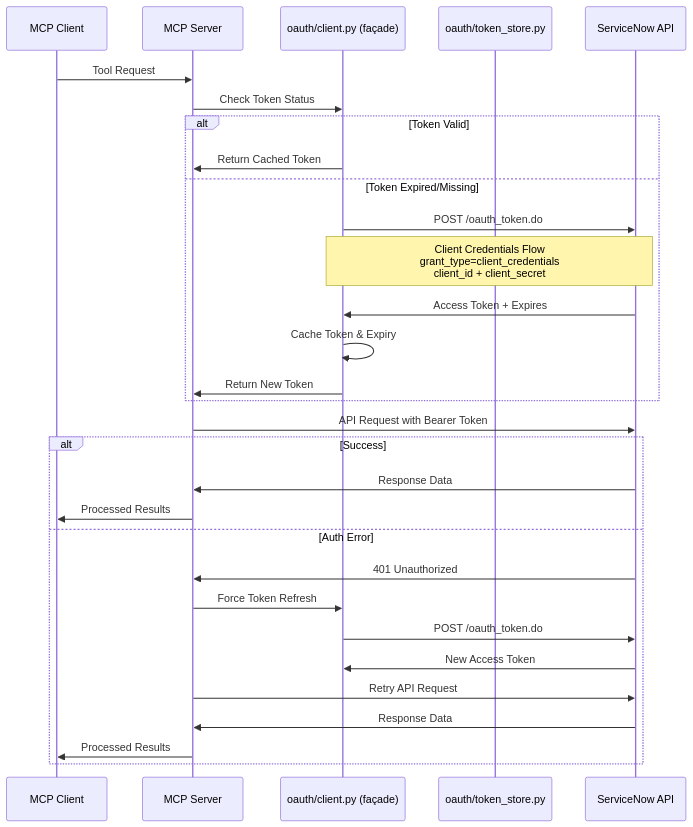
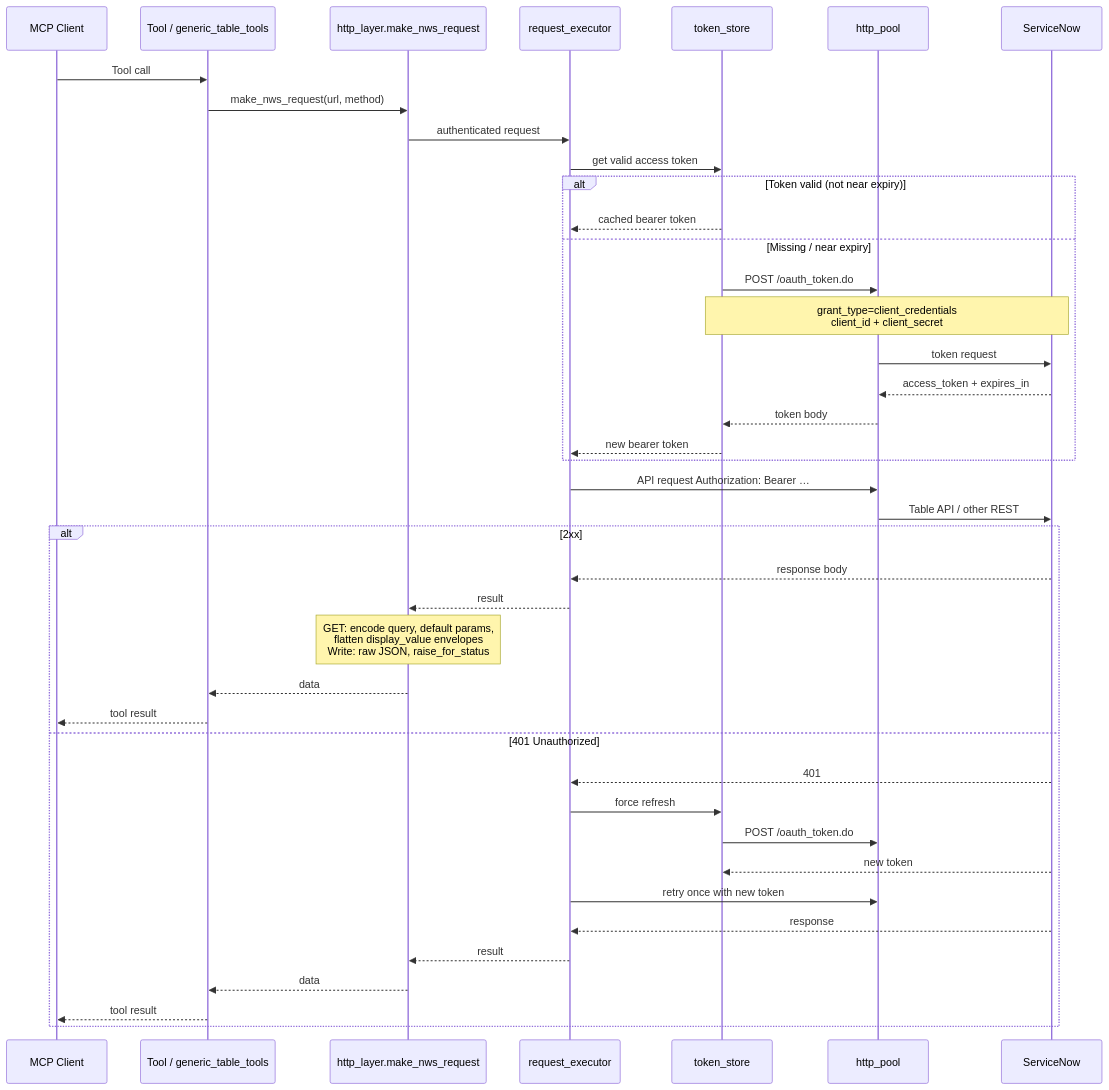
One commit to Papamzor/personal-mcp-servicenow changed the diagram in Diagrams & Documentation/02-oauth-authentication-flow.md. Above: the diagram before and after it, drawn with Mermaid. The commit also changed other lines of this file and 31 other files, not shown here.

First line of the commit message:
chore: clean stale packaging/docs and refresh architecture diagrams

````diff
--- a/Diagrams & Documentation/02-oauth-authentication-flow.md
+++ b/Diagrams & Documentation/02-oauth-authentication-flow.md
@@ -7,35 +19,46 @@
 ```mermaid
 sequenceDiagram
     participant Client as MCP Client
-    participant Server as MCP Server
-    participant OAuth as oauth/client.py (façade)
-    participant Store as oauth/token_store.py
-    participant SN as ServiceNow API
-    
-    Client->>Server: Tool Request
-    Server->>OAuth: Check Token Status
-    
-    alt Token Valid
-        OAuth->>Server: Return Cached Token
-    else Token Expired/Missing
-        OAuth->>SN: POST /oauth_token.do
-        Note over OAuth,SN: Client Credentials Flow<br/>grant_type=client_credentials<br/>client_id + client_secret
-        SN->>OAuth: Access Token + Expires
-        OAuth->>OAuth: Cache Token & Expiry
-        OAuth->>Server: Return New Token
+    participant Tool as Tool / generic_table_tools
+    participant HTTP as http_layer.make_nws_request
+    participant Exec as request_executor
+    participant Store as token_store
+    participant Pool as http_pool
+    participant SN as ServiceNow
+
+    Client->>Tool: Tool call
+    Tool->>HTTP: make_nws_request(url, method)
+    HTTP->>Exec: authenticated request
+
+    Exec->>Store: get valid access token
+    alt Token valid (not near expiry)
+        Store-->>Exec: cached bearer token
+    else Missing / near expiry
+        Store->>Pool: POST /oauth_token.do
+        Note over Store,SN: grant_type=client_credentials<br/>client_id + client_secret
+        Pool->>SN: token request
+        SN-->>Pool: access_token + expires_in
+        Pool-->>Store: token body
+        Store-->>Exec: new bearer token
     end
-    
-    Server->>SN: API Request with Bearer Token
-    alt Success
-        SN->>Server: Response Data
-        Server->>Client: Processed Results
-    else Auth Error
-        SN->>Server: 401 Unauthorized
-        Server->>OAuth: Force Token Refresh
-        OAuth->>SN: POST /oauth_token.do
-        SN->>OAuth: New Access Token
-        Server->>SN: Retry API Request
-        SN->>Server: Response Data
-        Server->>Client: Processed Results
+
+    Exec->>Pool: API request Authorization: Bearer …
+    Pool->>SN: Table API / other REST
+    alt 2xx
+        SN-->>Exec: response body
+        Exec-->>HTTP: result
+        Note over HTTP: GET: encode query, default params,<br/>flatten display_value envelopes<br/>Write: raw JSON, raise_for_status
+        HTTP-->>Tool: data
+        Tool-->>Client: tool result
+    else 401 Unauthorized
+        SN-->>Exec: 401
+        Exec->>Store: force refresh
+        Store->>Pool: POST /oauth_token.do
+        SN-->>Store: new token
+        Exec->>Pool: retry once with new token
+        SN-->>Exec: response
+        Exec-->>HTTP: result
+        HTTP-->>Tool: data
+        Tool-->>Client: tool result
     end
 ```
````
